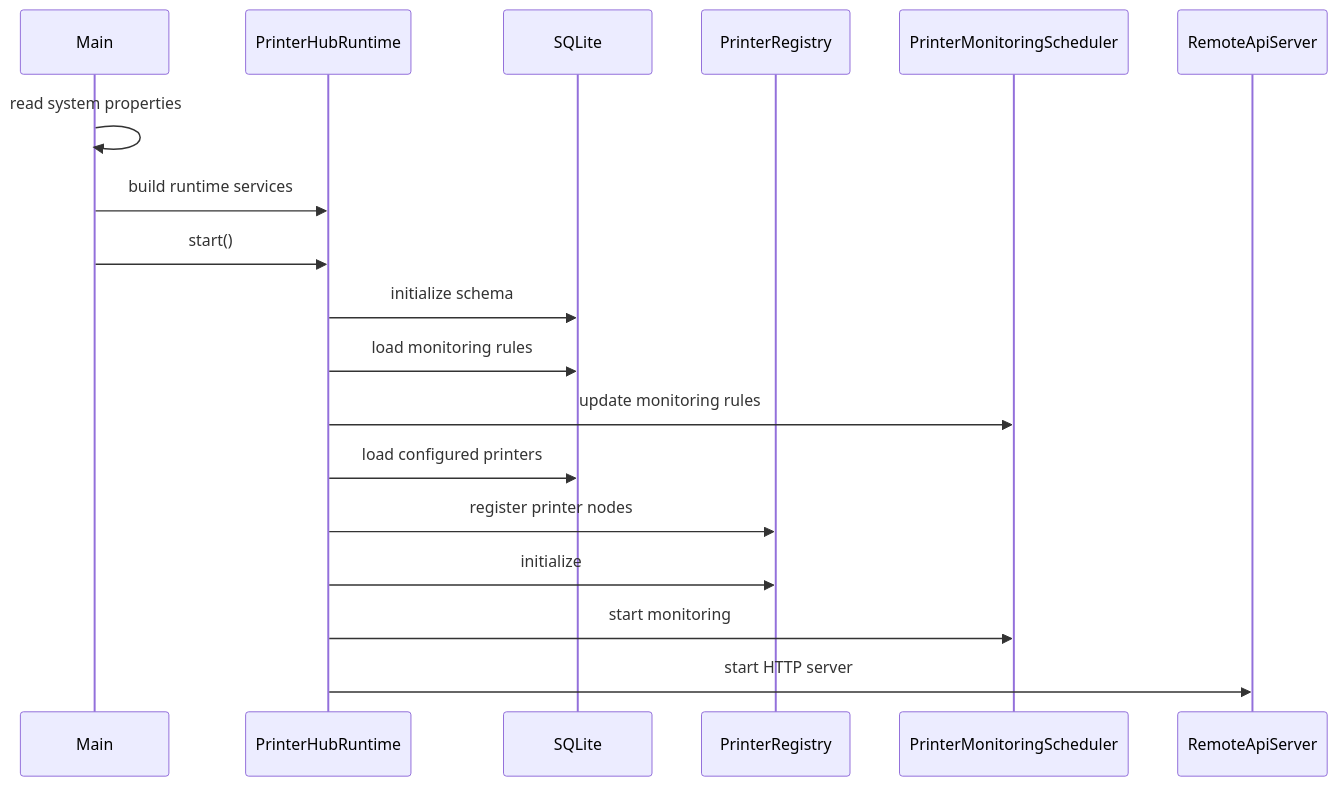
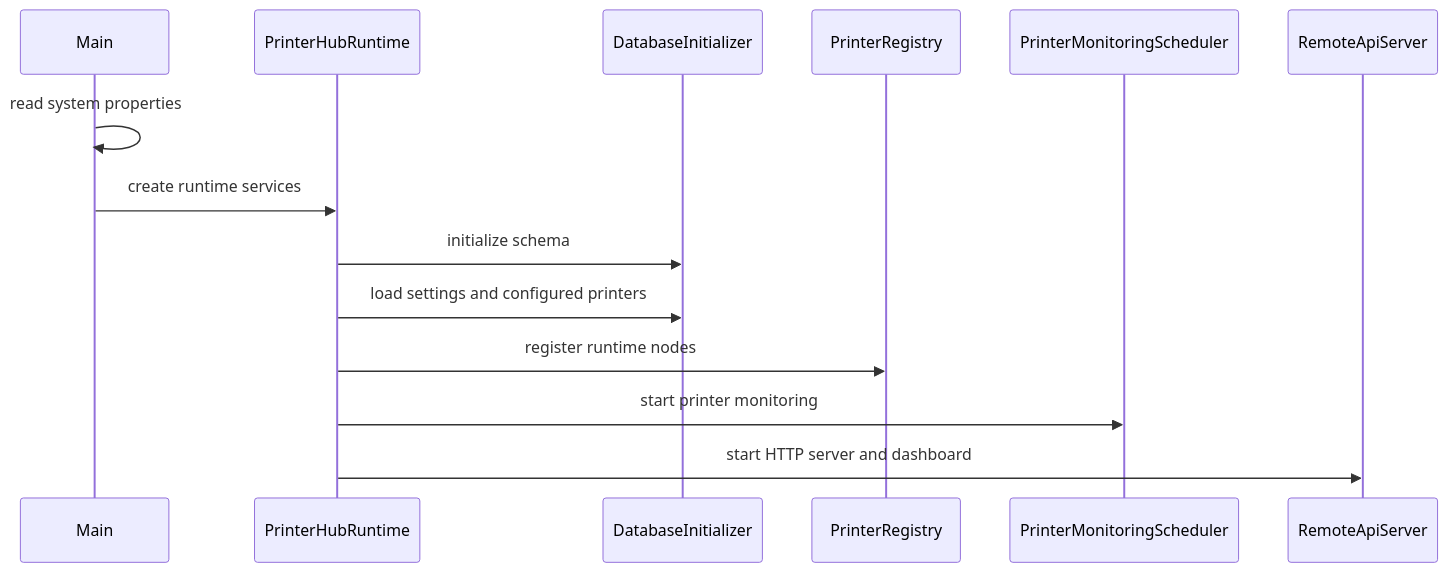
The first of 3 diagrams in docs/specification.md (nathabee/spaghetti-chef), drawn with Mermaid before and after one commit. The commit also changed other lines of this file and 10 other files, not shown here.

````diff
--- a/docs/specification.md
+++ b/docs/specification.md
@@ -110,21 +63,17 @@
 ```mermaid
 sequenceDiagram
     participant Main
     participant Runtime as PrinterHubRuntime
-    participant DB as SQLite
+    participant DB as DatabaseInitializer
     participant Registry as PrinterRegistry
     participant Monitor as PrinterMonitoringScheduler
     participant API as RemoteApiServer
 
     Main->>Main: read system properties
-    Main->>Runtime: build runtime services
-    Main->>Runtime: start()
+    Main->>Runtime: create runtime services
     Runtime->>DB: initialize schema
-    Runtime->>DB: load monitoring rules
-    Runtime->>Monitor: update monitoring rules
-    Runtime->>DB: load configured printers
-    Runtime->>Registry: register printer nodes
-    Runtime->>Registry: initialize
-    Runtime->>Monitor: start monitoring
-    Runtime->>API: start HTTP server
+    Runtime->>DB: load settings and configured printers
+    Runtime->>Registry: register runtime nodes
+    Runtime->>Monitor: start printer monitoring
+    Runtime->>API: start HTTP server and dashboard
 ```
````
